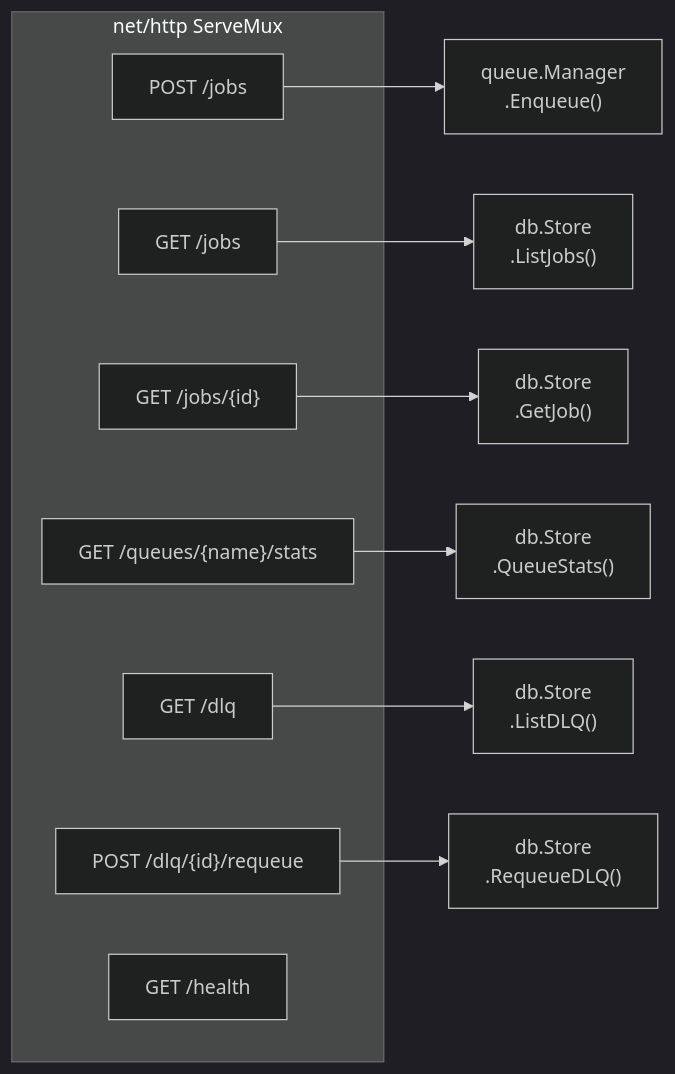
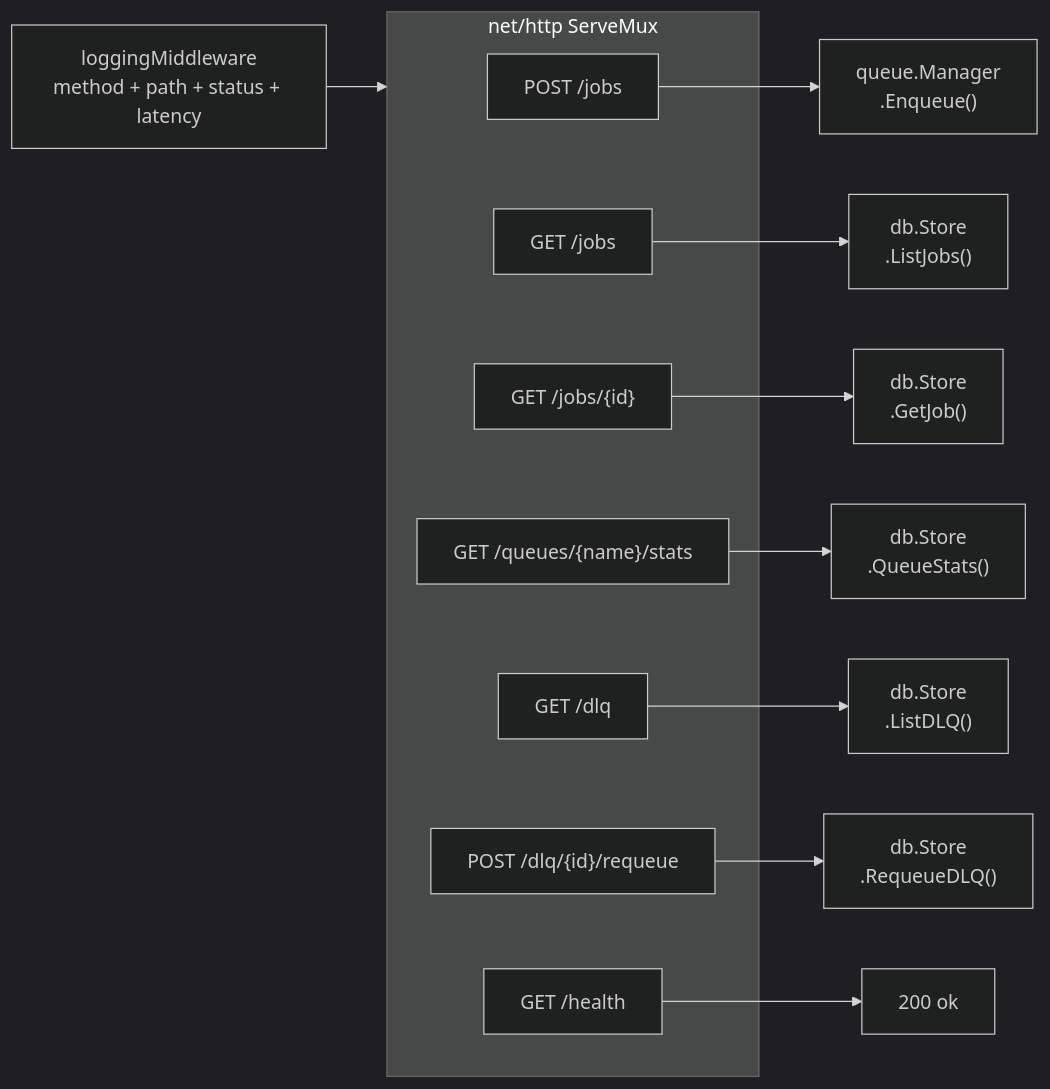
One commit to aman7401/taskqueue changed the fifth of 6 diagrams in docs/LLD.md. Above: the diagram before and after it, drawn with Mermaid (dark theme). The commit also changed other lines of this file and 1 other file, not shown here.

````diff
--- a/docs/LLD.md
+++ b/docs/LLD.md
@@ -99,19 +140,23 @@
 ```mermaid
 flowchart LR
-    subgraph net/http ServeMux
+    MW["loggingMiddleware\nmethod + path + status + latency"]
+    MW --> MUX
+
+    subgraph MUX["net/http ServeMux"]
         R1["POST /jobs"]
         R2["GET  /jobs"]
         R3["GET  /jobs/{id}"]
         R4["GET  /queues/{name}/stats"]
         R5["GET  /dlq"]
         R6["POST /dlq/{id}/requeue"]
         R7["GET  /health"]
     end
 
     R1 --> QM["queue.Manager\n.Enqueue()"]
     R2 --> ST["db.Store\n.ListJobs()"]
     R3 --> ST2["db.Store\n.GetJob()"]
     R4 --> ST3["db.Store\n.QueueStats()"]
     R5 --> ST4["db.Store\n.ListDLQ()"]
     R6 --> ST5["db.Store\n.RequeueDLQ()"]
+    R7 --> OK["200 ok"]
 ```
````
